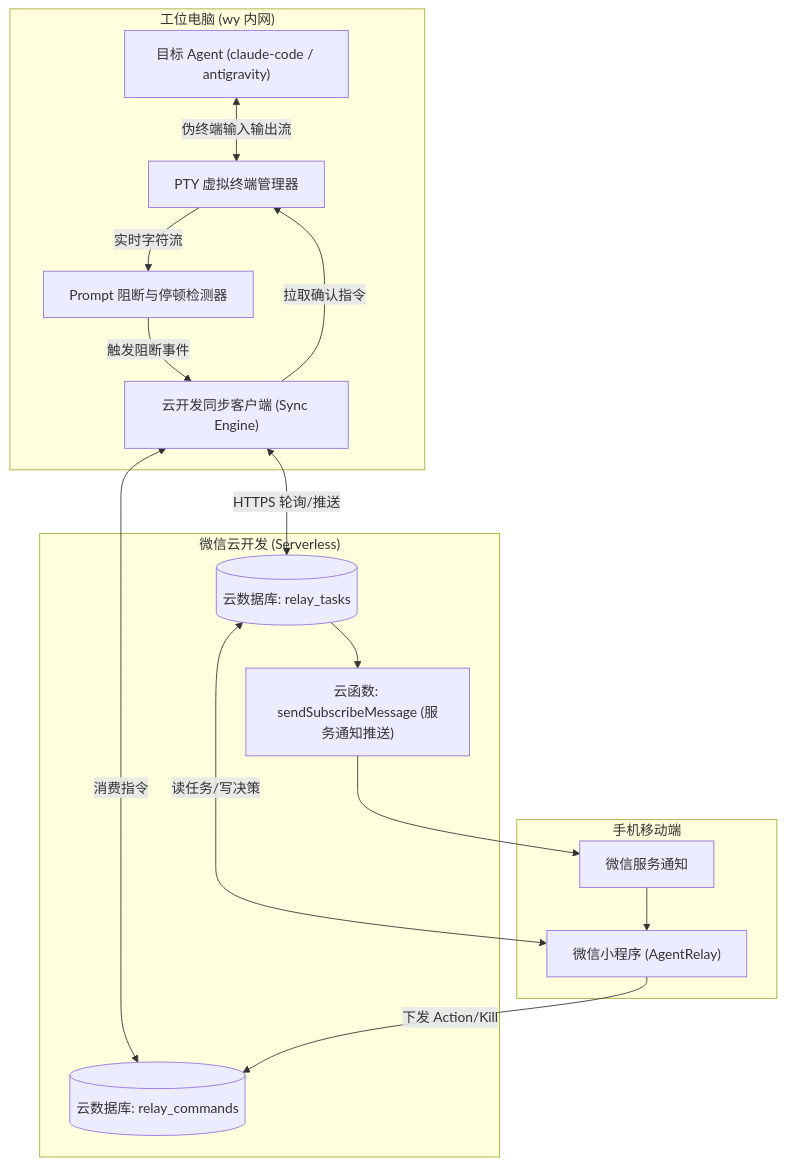
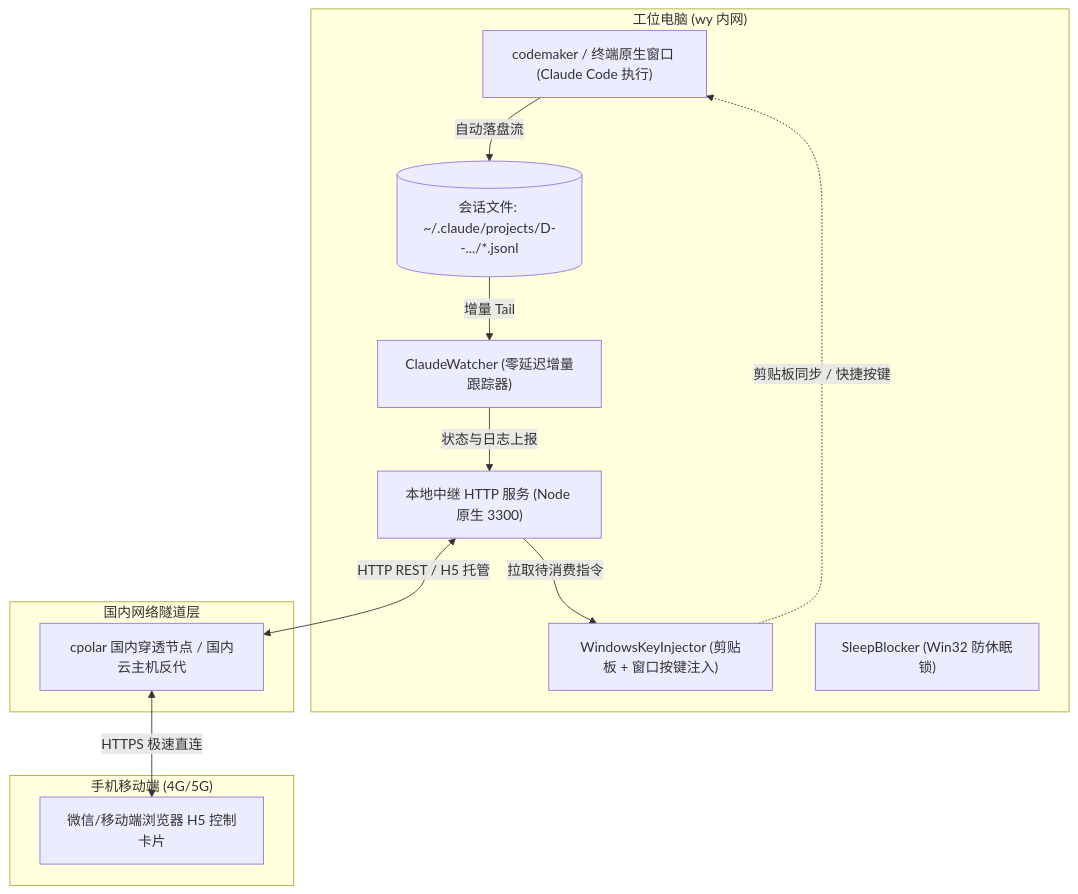
The first of 2 diagrams in projects/AgentRelay/docs/trd/TRD-AgentRelay-技术架构方案.md (amyzhou6667/wy-work-record), drawn with Mermaid before and after one commit. The commit also changed other lines of this file and 9 other files, not shown here.

Commit message:
docs & feat(AgentRelay): update PRD, TRD, tasks and implement Watch mode with clipboard auto-sync

````diff
--- a/projects/AgentRelay/docs/trd/TRD-AgentRelay-技术架构方案.md
+++ b/projects/AgentRelay/docs/trd/TRD-AgentRelay-技术架构方案.md
@@ -20,34 +20,27 @@
 ```mermaid
 flowchart TD
     subgraph LocalPC["工位电脑 (wy 内网)"]
-        TargetAgent["目标 Agent (claude-code / antigravity)"]
-        PTYMgr["PTY 虚拟终端管理器"]
-        Detector["Prompt 阻断与停顿检测器"]
-        SyncClient["云开发同步客户端 (Sync Engine)"]
+        NativeTerminal["codemaker / 终端原生窗口 (Claude Code 执行)"]
+        SessionJSONL[("会话文件: ~/.claude/projects/D--.../*.jsonl")]
+        Watcher["ClaudeWatcher (零延迟增量跟踪器)"]
+        Injector["WindowsKeyInjector (剪贴板 + 窗口按键注入)"]
+        SleepBlocker["SleepBlocker (Win32 防休眠锁)"]
+        LocalServer["本地中继 HTTP 服务 (Node 原生 3300)"]
 
-        TargetAgent <-->|伪终端输入输出流| PTYMgr
-        PTYMgr -->|实时字符流| Detector
-        Detector -->|触发阻断事件| SyncClient
-        SyncClient -->|拉取确认指令| PTYMgr
+        NativeTerminal -->|自动落盘流| SessionJSONL
+        SessionJSONL -->|增量 Tail| Watcher
+        Watcher -->|状态与日志上报| LocalServer
+        LocalServer -->|拉取待消费指令| Injector
+        Injector -.->|剪贴板同步 / 快捷按键| NativeTerminal
     end
 
-    subgraph WeChatCloud["微信云开发 (Serverless)"]
-        TaskCollection[("云数据库: relay_tasks")]
-        CmdCollection[("云数据库: relay_commands")]
-        PushFn["云函数: sendSubscribeMessage (服务通知推送)"]
-
-        SyncClient <-->|HTTPS 轮询/推送| TaskCollection
-        SyncClient <-->|消费指令| CmdCollection
-        TaskCollection --> PushFn
+    subgraph DomesticNet["国内网络隧道层"]
+        Tunnel["cpolar 国内穿透节点 / 国内云主机反代"]
+        LocalServer <-->|HTTP REST / H5 托管| Tunnel
     end
 
-    subgraph MobileDevice["手机移动端"]
-        MiniProgram["微信小程序 (AgentRelay)"]
-        WeChatNotice["微信服务通知"]
-
-        PushFn --> WeChatNotice
-        WeChatNotice --> MiniProgram
-        MiniProgram <-->|读任务/写决策| TaskCollection
-        MiniProgram -->|下发 Action/Kill| CmdCollection
+    subgraph MobileDevice["手机移动端 (4G/5G)"]
+        MobileH5["微信/移动端浏览器 H5 控制卡片"]
+        Tunnel <-->|HTTPS 极速直连| MobileH5
     end
 ```
````
